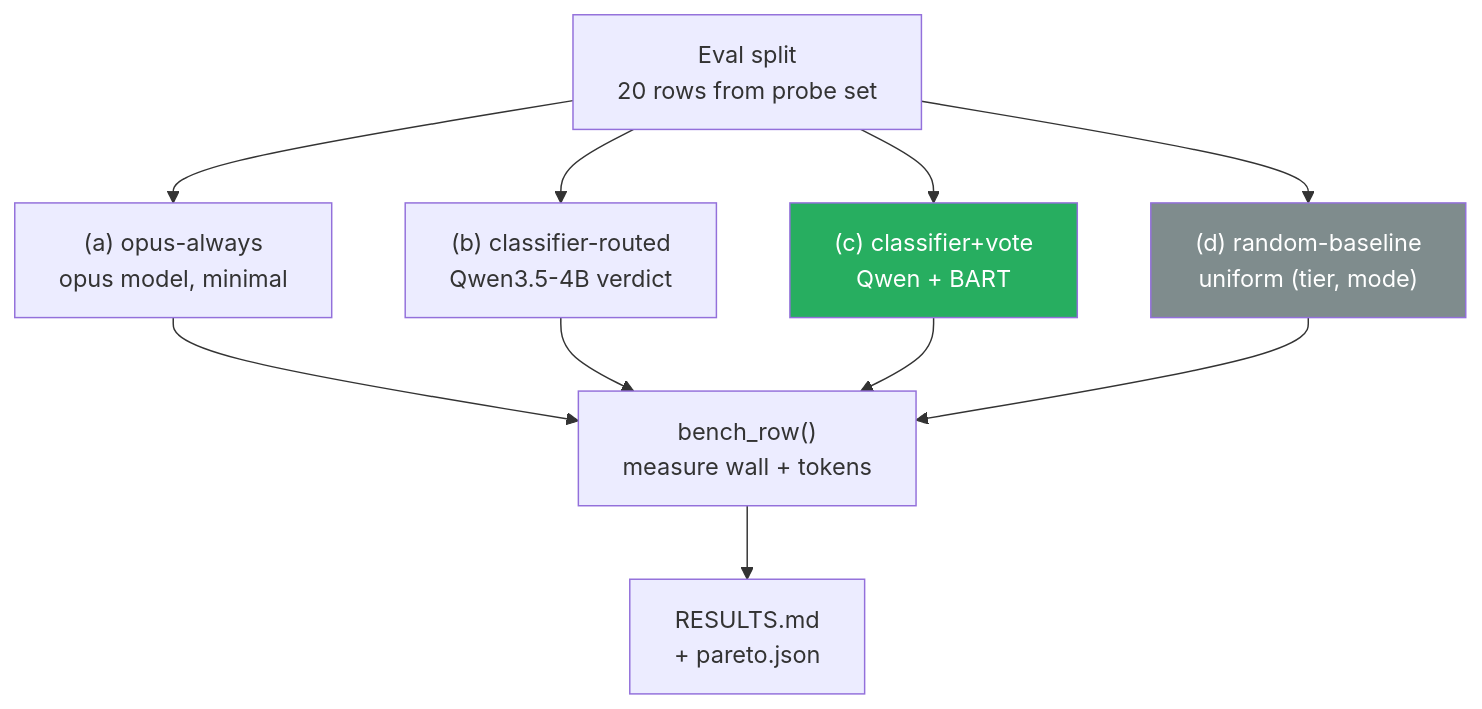
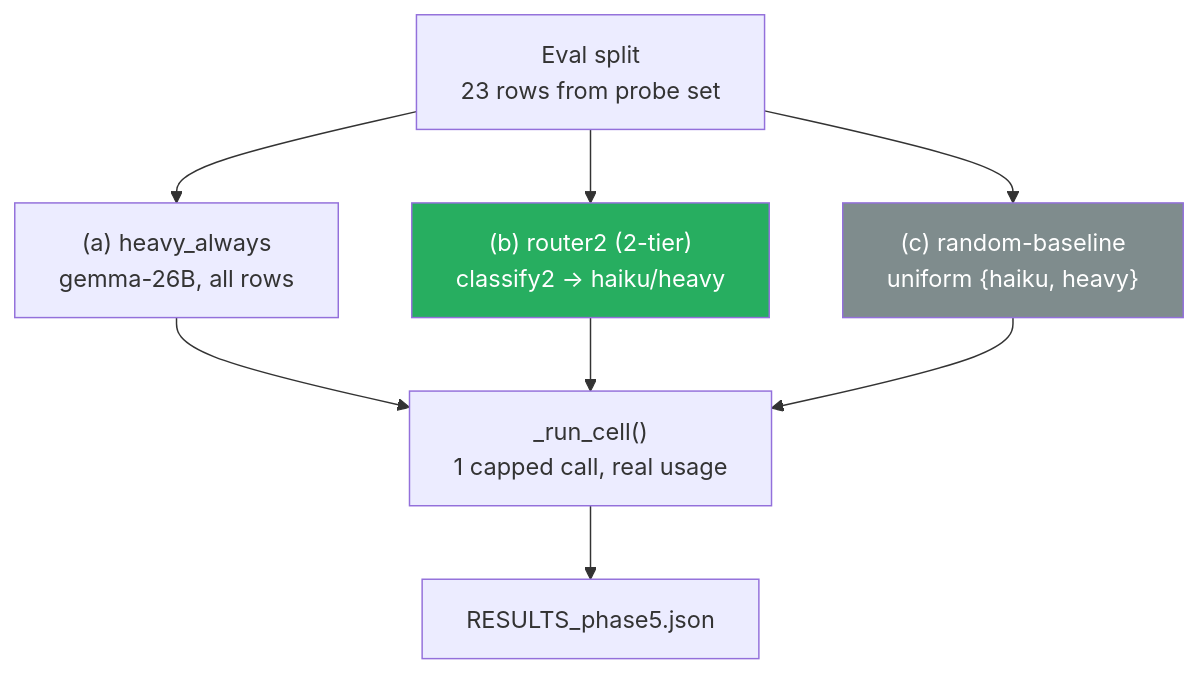
Before and after one commit to shaneliuyx/agent-development-curriculum: the seventh of 8 diagrams in Week 4.5 - Model Routing and Effort Tiering.md, drawn with Mermaid. The commit also changed other lines of this file, not shown here.

First line of the commit message:
docs(w4.5): sync Phase 5 to 2-tier bench + real measured numbers

````diff
--- a/Week 4.5 - Model Routing and Effort Tiering.md
+++ b/Week 4.5 - Model Routing and Effort Tiering.md
@@ -1209,23 +1209,20 @@
 ```mermaid
 flowchart TB
-    Probes["Eval split<br/>20 rows from probe set"]
-    OAlways["(a) opus-always<br/>opus model, minimal"]
-    Cls["(b) classifier-routed<br/>Qwen3.5-4B verdict"]
-    Vote["(c) classifier+vote<br/>Qwen + BART"]
-    Rand["(d) random-baseline<br/>uniform (tier, mode)"]
-    Bench["bench_row()<br/>measure wall + tokens"]
-    Results["RESULTS.md<br/>+ pareto.json"]
+    Probes["Eval split<br/>23 rows from probe set"]
+    HAlways["(a) heavy_always<br/>gemma-26B, all rows"]
+    R2["(b) router2 (2-tier)<br/>classify2 → haiku/heavy"]
+    Rand["(c) random-baseline<br/>uniform {haiku, heavy}"]
+    Cell["_run_cell()<br/>1 capped call, real usage"]
+    Results["RESULTS_phase5.json"]
 
-    Probes --> OAlways
-    Probes --> Cls
-    Probes --> Vote
+    Probes --> HAlways
+    Probes --> R2
     Probes --> Rand
-    OAlways --> Bench
-    Cls --> Bench
-    Vote --> Bench
-    Rand --> Bench
-    Bench --> Results
+    HAlways --> Cell
+    R2 --> Cell
+    Rand --> Cell
+    Cell --> Results
 
-    style Vote fill:#27ae60,color:#fff
+    style R2 fill:#27ae60,color:#fff
     style Rand fill:#7f8c8d,color:#fff
 ```
````
